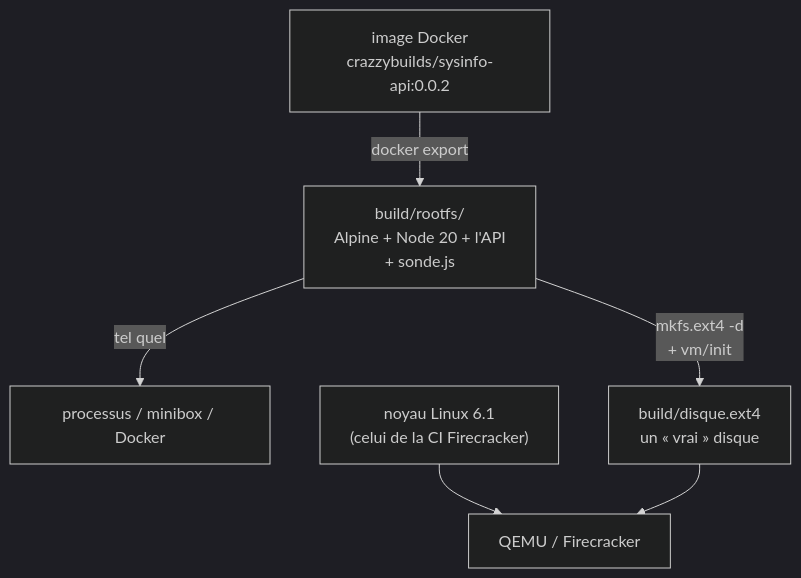
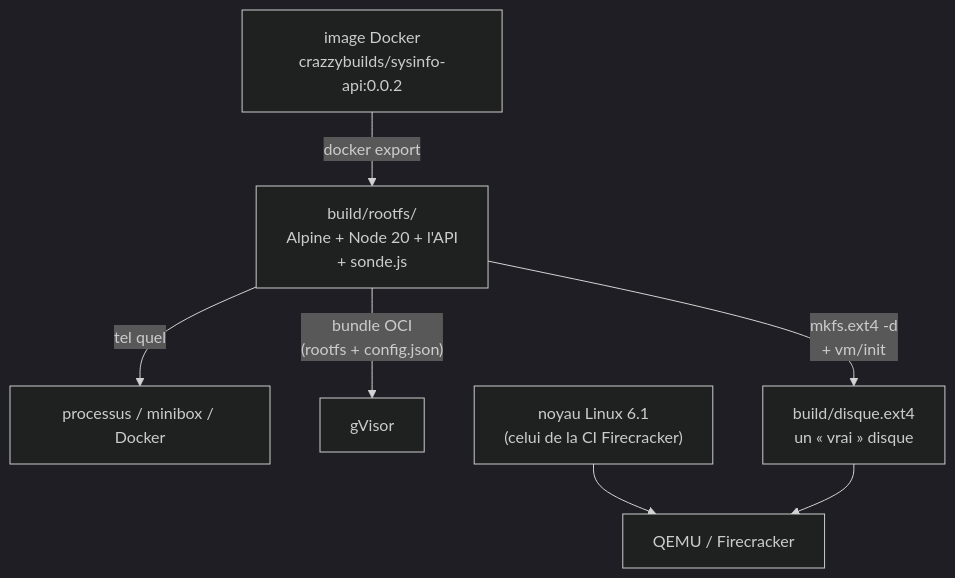
The second of 5 diagrams in FICHE.md (CrazzyBuilds/spectre-isolation), drawn with Mermaid (dark theme) before and after one commit. The commit also changed other lines of this file and 3 other files, not shown here.

Commit message:
Niveau gVisor (runsc rootless, bundle OCI), mémoire anon + shmem, fiche à six niveaux

````diff
--- a/FICHE.md
+++ b/FICHE.md
@@ -44,8 +52,9 @@
 ```mermaid
 flowchart TB
     IMG["image Docker<br/>crazzybuilds/sysinfo-api:0.0.2"] -->|"docker export"| R["build/rootfs/<br/>Alpine + Node 20 + l'API<br/>+ sonde.js"]
     R -->|"tel quel"| C["processus / minibox / Docker"]
+    R -->|"bundle OCI<br/>(rootfs + config.json)"| GV["gVisor"]
     R -->|"mkfs.ext4 -d<br/>+ vm/init"| E["build/disque.ext4<br/>un « vrai » disque"]
     K["noyau Linux 6.1<br/>(celui de la CI Firecracker)"] --> VM
     E --> VM["QEMU / Firecracker"]
 ```
````
